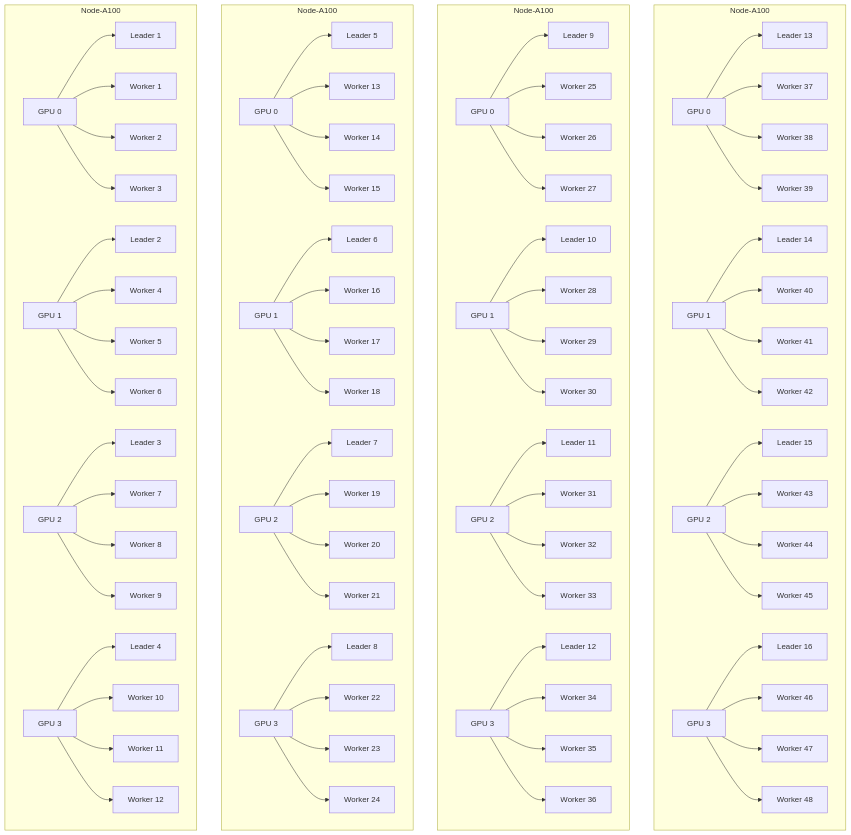
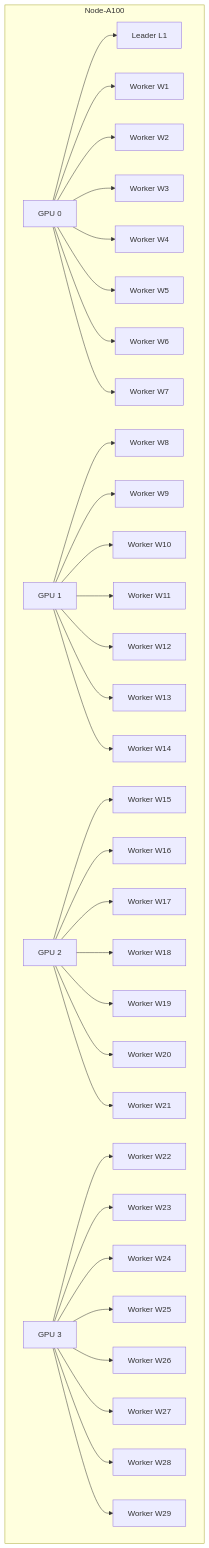
Before and after one commit to ctava-msft/d3-meld: the diagram in meld-mpi-design.mermaid, drawn with Mermaid. The commit also changed 3 other files, not shown here.

```diff
--- a/meld-mpi-design.mermaid
+++ b/meld-mpi-design.mermaid
@@ -1,108 +1,49 @@
 graph TD
-    subgraph Node1[Node-A100]
-        GPU0_1[GPU 0]
-        GPU1_1[GPU 1]
-        GPU2_1[GPU 2]
-        GPU3_1[GPU 3]
+    %% Single-node design: 1 Leader (L1) on GPU0 and 29 Workers (W1-W29) across GPUs 0-3
+    subgraph Node[Node-A100]
+    GPU0[GPU 0]
+    GPU1[GPU 1]
+    GPU2[GPU 2]
+    GPU3[GPU 3]
 
-        GPU0_1 --> L13[Leader 13]
-        GPU0_1 --> W37[Worker 37]
-        GPU0_1 --> W38[Worker 38]
-        GPU0_1 --> W39[Worker 39]
+    %% Leader on GPU0
+    GPU0 --> L1[Leader L1]
 
-        GPU1_1 --> L14[Leader 14]
-        GPU1_1 --> W40[Worker 40]
-        GPU1_1 --> W41[Worker 41]
-        GPU1_1 --> W42[Worker 42]
+    %% Distribute 29 workers: 7 on GPU0, 7 on GPU1, 7 on GPU2, 8 on GPU3
+    %% GPU0 workers (plus Leader)
+    GPU0 --> W1[Worker W1]
+    GPU0 --> W2[Worker W2]
+    GPU0 --> W3[Worker W3]
+    GPU0 --> W4[Worker W4]
+    GPU0 --> W5[Worker W5]
+    GPU0 --> W6[Worker W6]
+    GPU0 --> W7[Worker W7]
 
-        GPU2_1 --> L15[Leader 15]
-        GPU2_1 --> W43[Worker 43]
-        GPU2_1 --> W44[Worker 44]
-        GPU2_1 --> W45[Worker 45]
+    %% GPU1 workers
+    GPU1 --> W8[Worker W8]
+    GPU1 --> W9[Worker W9]
+    GPU1 --> W10[Worker W10]
+    GPU1 --> W11[Worker W11]
+    GPU1 --> W12[Worker W12]
+    GPU1 --> W13[Worker W13]
+    GPU1 --> W14[Worker W14]
 
-        GPU3_1 --> L16[Leader 16]
-        GPU3_1 --> W46[Worker 46]
-        GPU3_1 --> W47[Worker 47]
-        GPU3_1 --> W48[Worker 48]
+    %% GPU2 workers
+    GPU2 --> W15[Worker W15]
+    GPU2 --> W16[Worker W16]
+    GPU2 --> W17[Worker W17]
+    GPU2 --> W18[Worker W18]
+    GPU2 --> W19[Worker W19]
+    GPU2 --> W20[Worker W20]
+    GPU2 --> W21[Worker W21]
+
+    %% GPU3 workers (one extra to total 29)
+    GPU3 --> W22[Worker W22]
+    GPU3 --> W23[Worker W23]
+    GPU3 --> W24[Worker W24]
+    GPU3 --> W25[Worker W25]
+    GPU3 --> W26[Worker W26]
+    GPU3 --> W27[Worker W27]
+    GPU3 --> W28[Worker W28]
+    GPU3 --> W29[Worker W29]
     end
-
-    subgraph Node2[Node-A100]
-        GPU0_2[GPU 0]
-        GPU1_2[GPU 1]
-        GPU2_2[GPU 2]
-        GPU3_2[GPU 3]
-
-        GPU0_2 --> L9[Leader 9]
-        GPU0_2 --> W25[Worker 25]
-        GPU0_2 --> W26[Worker 26]
-        GPU0_2 --> W27[Worker 27]
-
-        GPU1_2 --> L10[Leader 10]
-        GPU1_2 --> W28[Worker 28]
-        GPU1_2 --> W29[Worker 29]
-        GPU1_2 --> W30[Worker 30]
-
-        GPU2_2 --> L11[Leader 11]
-        GPU2_2 --> W31[Worker 31]
-        GPU2_2 --> W32[Worker 32]
-        GPU2_2 --> W33[Worker 33]
-
-        GPU3_2 --> L12[Leader 12]
-        GPU3_2 --> W34[Worker 34]
-        GPU3_2 --> W35[Worker 35]
-        GPU3_2 --> W36[Worker 36]
-    end
-
-    subgraph Node3[Node-A100]
-        GPU0_3[GPU 0]
-        GPU1_3[GPU 1]
-        GPU2_3[GPU 2]
-        GPU3_3[GPU 3]
-
-        GPU0_3 --> L5[Leader 5]
-        GPU0_3 --> W13[Worker 13]
-        GPU0_3 --> W14[Worker 14]
-        GPU0_3 --> W15[Worker 15]
-
-        GPU1_3 --> L6[Leader 6]
-        GPU1_3 --> W16[Worker 16]
-        GPU1_3 --> W17[Worker 17]
-        GPU1_3 --> W18[Worker 18]
-
-        GPU2_3 --> L7[Leader 7]
-        GPU2_3 --> W19[Worker 19]
-        GPU2_3 --> W20[Worker 20]
-        GPU2_3 --> W21[Worker 21]
-
-        GPU3_3 --> L8[Leader 8]
-        GPU3_3 --> W22[Worker 22]
-        GPU3_3 --> W23[Worker 23]
-        GPU3_3 --> W24[Worker 24]
-    end
-
-    subgraph Node4[Node-A100]
-        GPU0_4[GPU 0]
-        GPU1_4[GPU 1]
-        GPU2_4[GPU 2]
-        GPU3_4[GPU 3]
-
-        GPU0_4 --> L1[Leader 1]
-        GPU0_4 --> W1[Worker 1]
-        GPU0_4 --> W2[Worker 2]
-        GPU0_4 --> W3[Worker 3]
-
-        GPU1_4 --> L2[Leader 2]
-        GPU1_4 --> W4[Worker 4]
-        GPU1_4 --> W5[Worker 5]
-        GPU1_4 --> W6[Worker 6]
-
-        GPU2_4 --> L3[Leader 3]
-        GPU2_4 --> W7[Worker 7]
-        GPU2_4 --> W8[Worker 8]
-        GPU2_4 --> W9[Worker 9]
-
-        GPU3_4 --> L4[Leader 4]
-        GPU3_4 --> W10[Worker 10]
-        GPU3_4 --> W11[Worker 11]
-        GPU3_4 --> W12[Worker 12]
-    end
```
